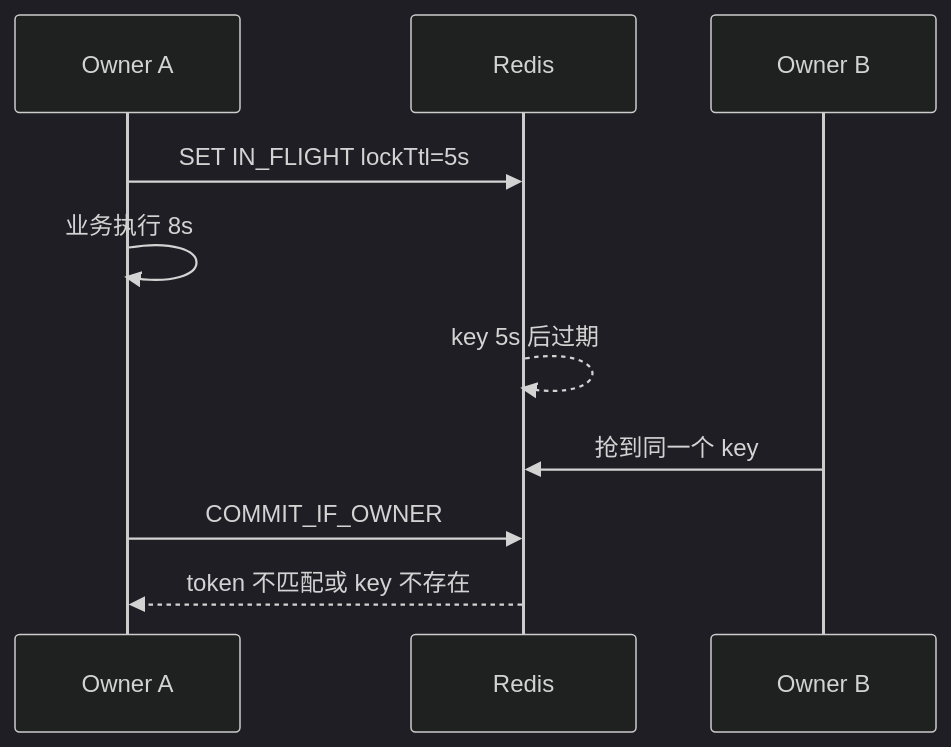
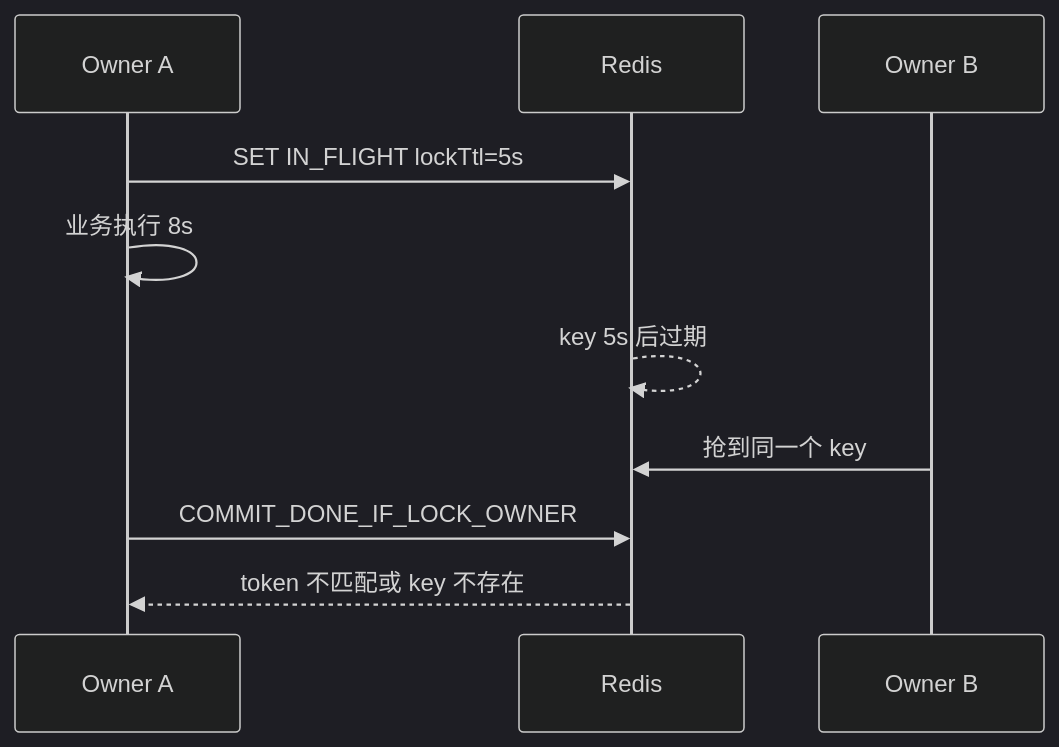
One commit to cevio/hile changed the diagram in docs/techniques/idempotency.mdx. Above: the diagram before and after it, drawn with Mermaid (dark theme). The commit also changed other lines of this file and 72 other files, not shown here.

````diff
--- a/docs/techniques/idempotency.mdx
+++ b/docs/techniques/idempotency.mdx
@@ -421,12 +421,12 @@
 ```mermaid
 sequenceDiagram
     participant A as Owner A
     participant R as Redis
     participant B as Owner B
     A->>R: SET IN_FLIGHT lockTtl=5s
     A->>A: 业务执行 8s
     R-->>R: key 5s 后过期
     B->>R: 抢到同一个 key
-    A->>R: COMMIT_IF_OWNER
+    A->>R: COMMIT_DONE_IF_LOCK_OWNER
     R-->>A: token 不匹配或 key 不存在
 ```
````
